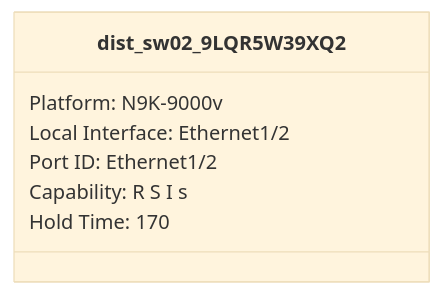
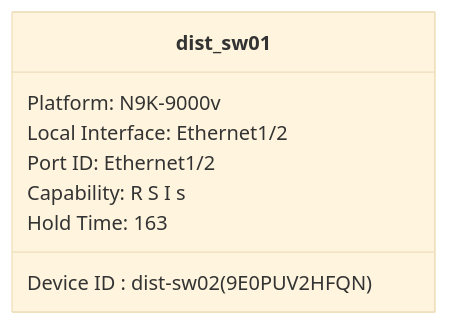
Before and after one commit to automateyournetwork/pyYAHTS: the third of 3 diagrams in Examples/NXOS/dist-sw01 show cdp neighbors class.md, drawn with Mermaid (base theme). The commit also changed other lines of this file and 36 other files, not shown here.

````diff
--- a/Examples/NXOS/dist-sw01 show cdp neighbors class.md
+++ b/Examples/NXOS/dist-sw01 show cdp neighbors class.md
@@ -43,10 +24,11 @@
 ```mermaid
 classDiagram
-class dist_sw02_9LQR5W39XQ2{
+class dist_sw01 {
+Device ID : dist-sw02(9E0PUV2HFQN)
 Platform: N9K-9000v
 Local Interface: Ethernet1/2
 Port ID: Ethernet1/2
 Capability: R S I s
-Hold Time: 170
+Hold Time: 163
 }
 ```
````
